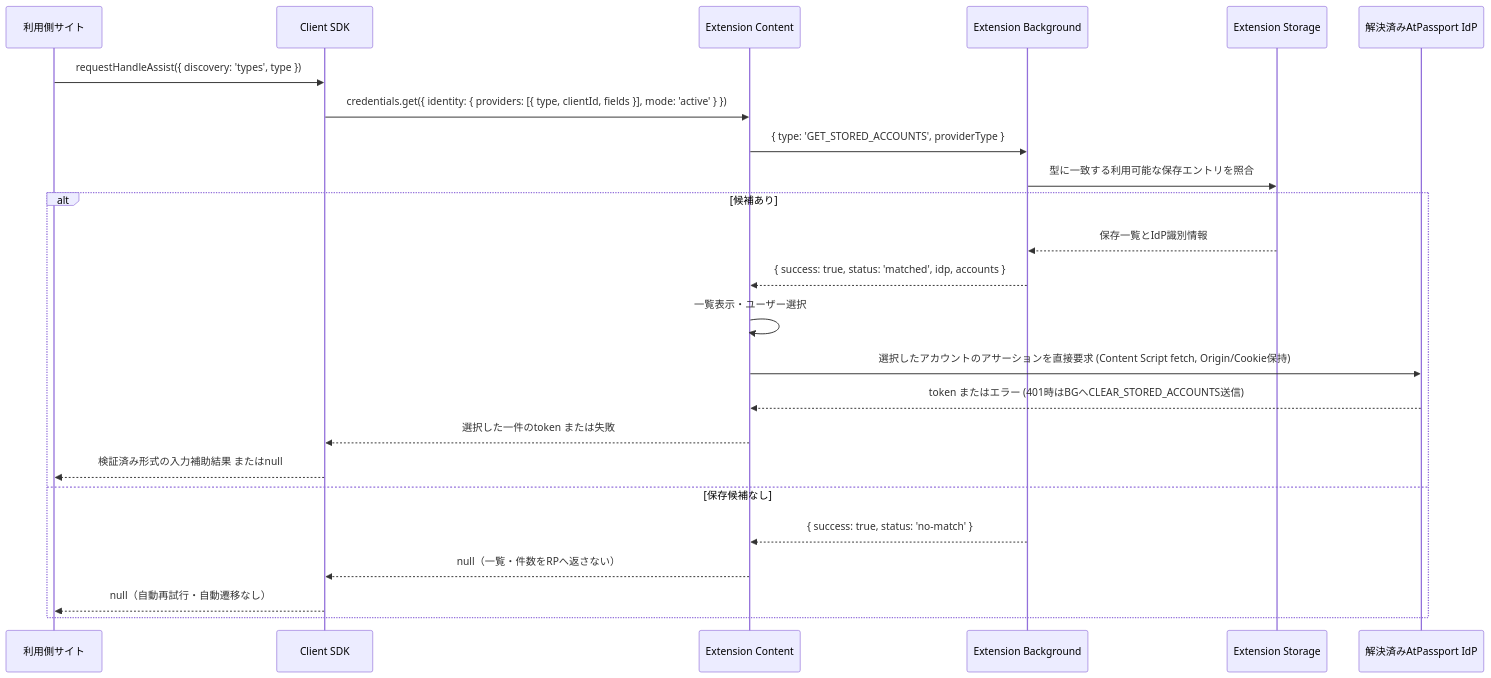
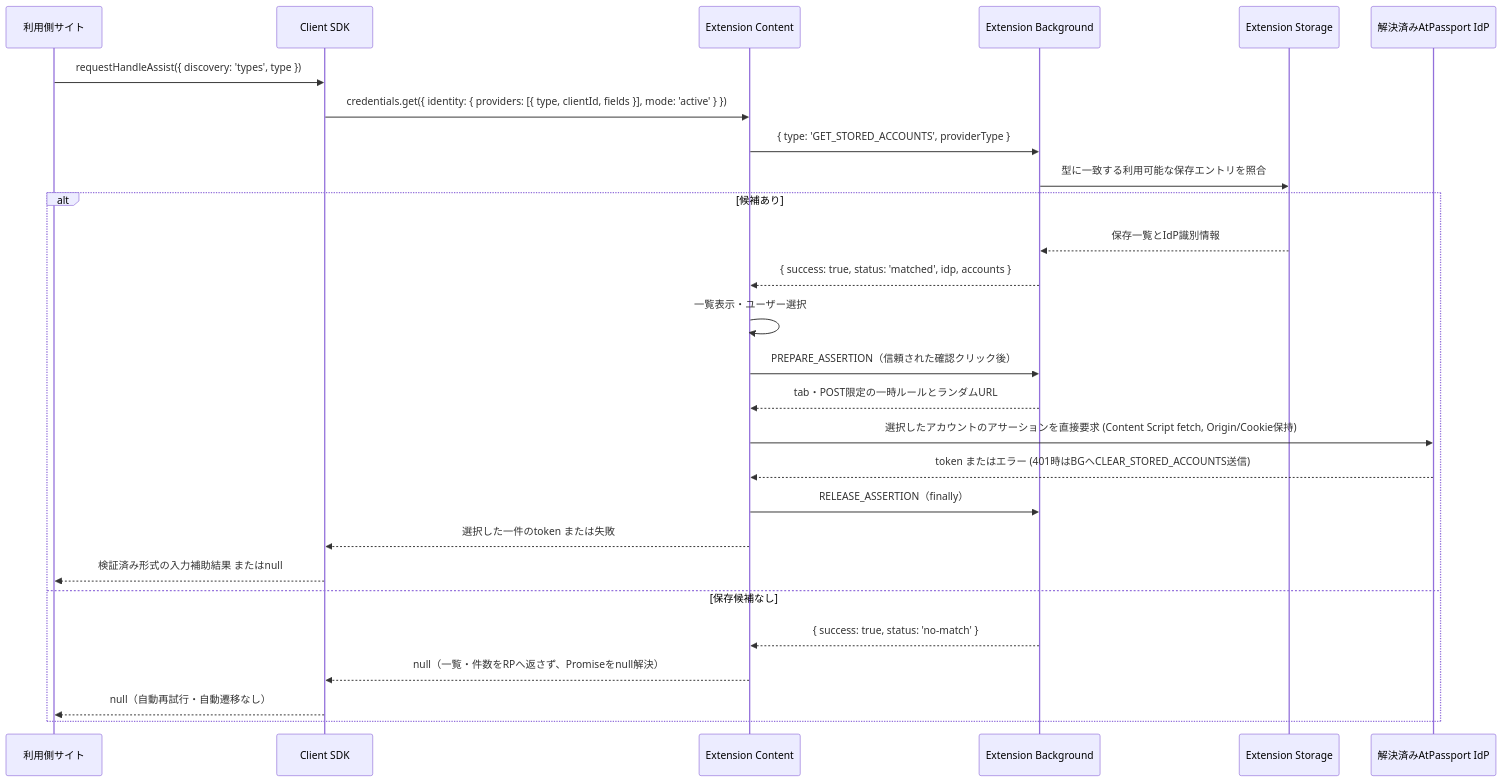
One commit to usounds/atpassport changed the diagram in feat/idp-registration/DESIGN_step3-client-sdk-discovery.md. Above: the diagram before and after it, drawn with Mermaid. The commit also changed other lines of this file and 1 other file, not shown here.

````diff
--- a/feat/idp-registration/DESIGN_step3-client-sdk-discovery.md
+++ b/feat/idp-registration/DESIGN_step3-client-sdk-discovery.md
@@ -21,26 +21,29 @@
 ```mermaid
 sequenceDiagram
     participant RP as 利用側サイト
     participant SDK as Client SDK
     participant Ext as Extension Content
     participant BG as Extension Background
     participant Store as Extension Storage
     participant Server as 解決済みAtPassport IdP
     RP->>SDK: requestHandleAssist({ discovery: 'types', type })
     SDK->>Ext: credentials.get({ identity: { providers: [{ type, clientId, fields }], mode: 'active' } })
     Ext->>BG: { type: 'GET_STORED_ACCOUNTS', providerType }
     BG->>Store: 型に一致する利用可能な保存エントリを照合
     alt 候補あり
         Store-->>BG: 保存一覧とIdP識別情報
         BG-->>Ext: { success: true, status: 'matched', idp, accounts }
         Ext->>Ext: 一覧表示・ユーザー選択
+        Ext->>BG: PREPARE_ASSERTION（信頼された確認クリック後）
+        BG-->>Ext: tab・POST限定の一時ルールとランダムURL
         Ext->>Server: 選択したアカウントのアサーションを直接要求 (Content Script fetch, Origin/Cookie保持)
         Server-->>Ext: token またはエラー (401時はBGへCLEAR_STORED_ACCOUNTS送信)
+        Ext->>BG: RELEASE_ASSERTION（finally）
         Ext-->>SDK: 選択した一件のtoken または失敗
         SDK-->>RP: 検証済み形式の入力補助結果 またはnull
     else 保存候補なし
         BG-->>Ext: { success: true, status: 'no-match' }
-        Ext-->>SDK: null（一覧・件数をRPへ返さない）
+        Ext-->>SDK: null（一覧・件数をRPへ返さず、Promiseをnull解決）
         SDK-->>RP: null（自動再試行・自動遷移なし）
     end
 ```
````
